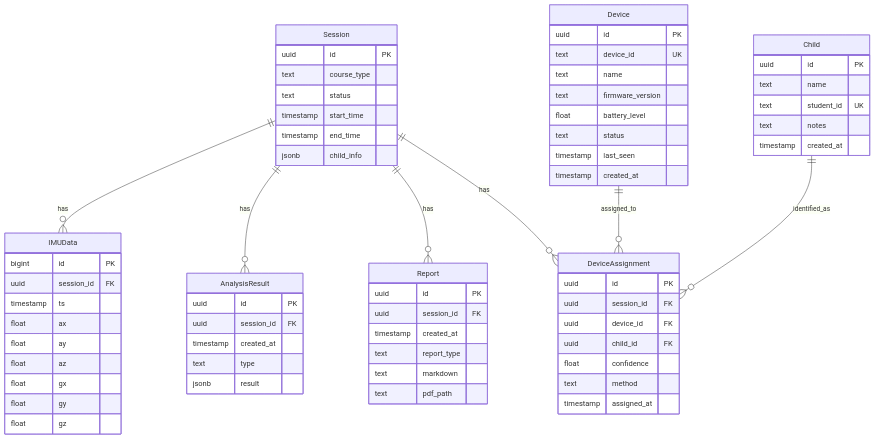
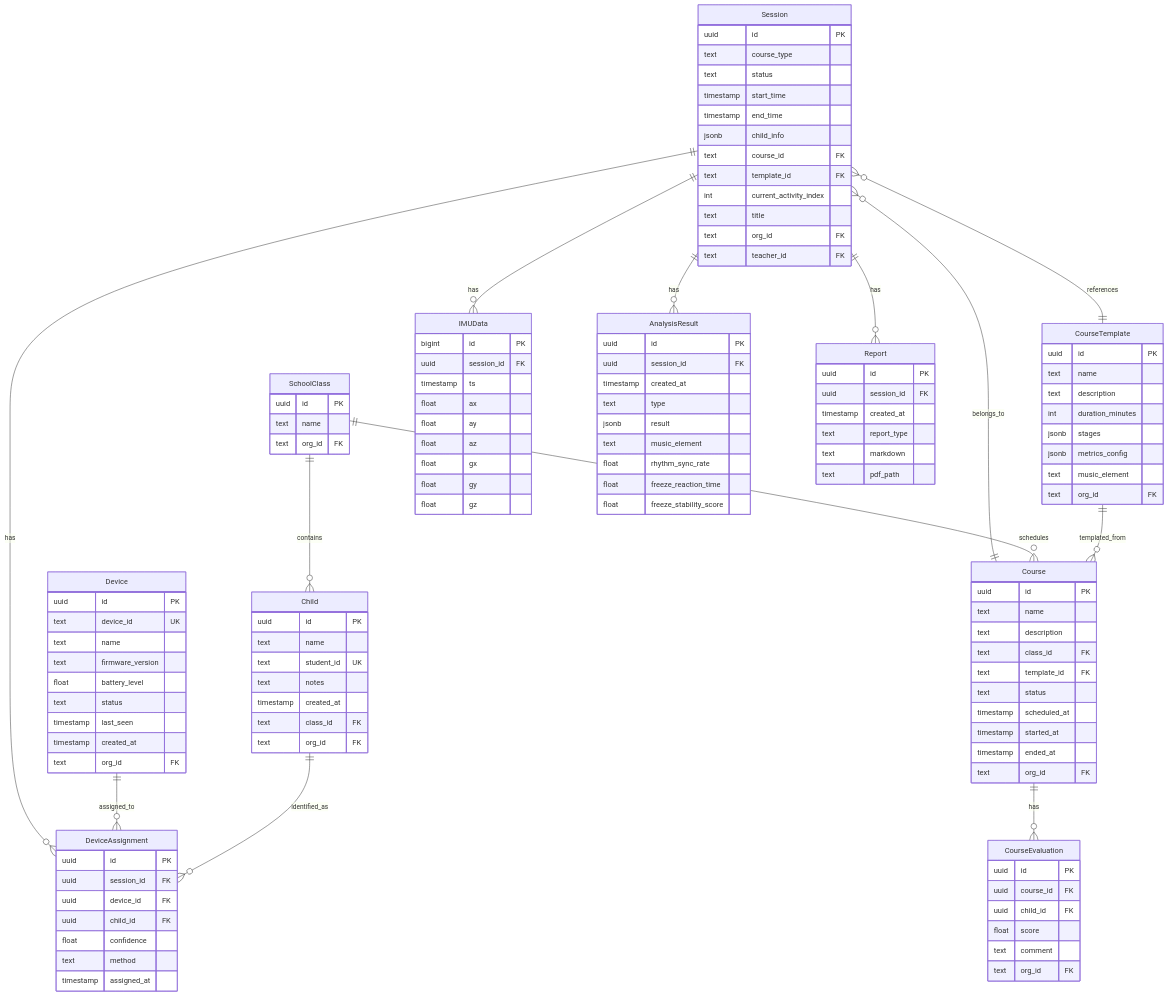
One commit to HMEAYC/NSTC changed the third of 5 diagrams in .opencode/plans/development-plan.md. Above: the diagram before and after it, drawn with Mermaid. The commit also changed other lines of this file and 4 other files, not shown here.

First line of the commit message:
feat: integrate device assignment into course flow + auto session management

````diff
--- a/.opencode/plans/development-plan.md
+++ b/.opencode/plans/development-plan.md
@@ -702,6 +743,51 @@
         timestamp start_time
         timestamp end_time
         jsonb child_info
+        text course_id FK
+        text template_id FK
+        int current_activity_index
+        text title
+        text org_id FK
+        text teacher_id FK
+    }
+
+    Course {
+        uuid id PK
+        text name
+        text description
+        text class_id FK
+        text template_id FK
+        text status
+        timestamp scheduled_at
+        timestamp started_at
+        timestamp ended_at
+        text org_id FK
+    }
+
+    CourseTemplate {
+        uuid id PK
+        text name
+        text description
+        int duration_minutes
+        jsonb stages
+        jsonb metrics_config
+        text music_element
+        text org_id FK
+    }
+
+    SchoolClass {
+        uuid id PK
+        text name
+        text org_id FK
+    }
+
+    CourseEvaluation {
+        uuid id PK
+        uuid course_id FK
+        uuid child_id FK
+        float score
+        text comment
+        text org_id FK
     }
 
     Device {
@@ -713,6 +799,7 @@
         text status
         timestamp last_seen
         timestamp created_at
+        text org_id FK
     }
 
     Child {
@@ -721,6 +808,8 @@
         text student_id UK
         text notes
         timestamp created_at
+        text class_id FK
+        text org_id FK
     }
 
     DeviceAssignment {
@@ -751,6 +840,10 @@
         timestamp created_at
         text type
         jsonb result
+        text music_element
+        float rhythm_sync_rate
+        float freeze_reaction_time
+        float freeze_stability_score
     }
 
     Report {
@@ -766,6 +859,12 @@
     Session ||--o{ AnalysisResult : has
     Session ||--o{ Report : has
     Session ||--o{ DeviceAssignment : has
+    Session }o--|| Course : belongs_to
+    Session }o--|| CourseTemplate : references
     Device ||--o{ DeviceAssignment : assigned_to
     Child ||--o{ DeviceAssignment : identified_as
+    SchoolClass ||--o{ Child : contains
+    SchoolClass ||--o{ Course : schedules
+    Course ||--o{ CourseEvaluation : has
+    CourseTemplate ||--o{ Course : templated_from
 ```
````
